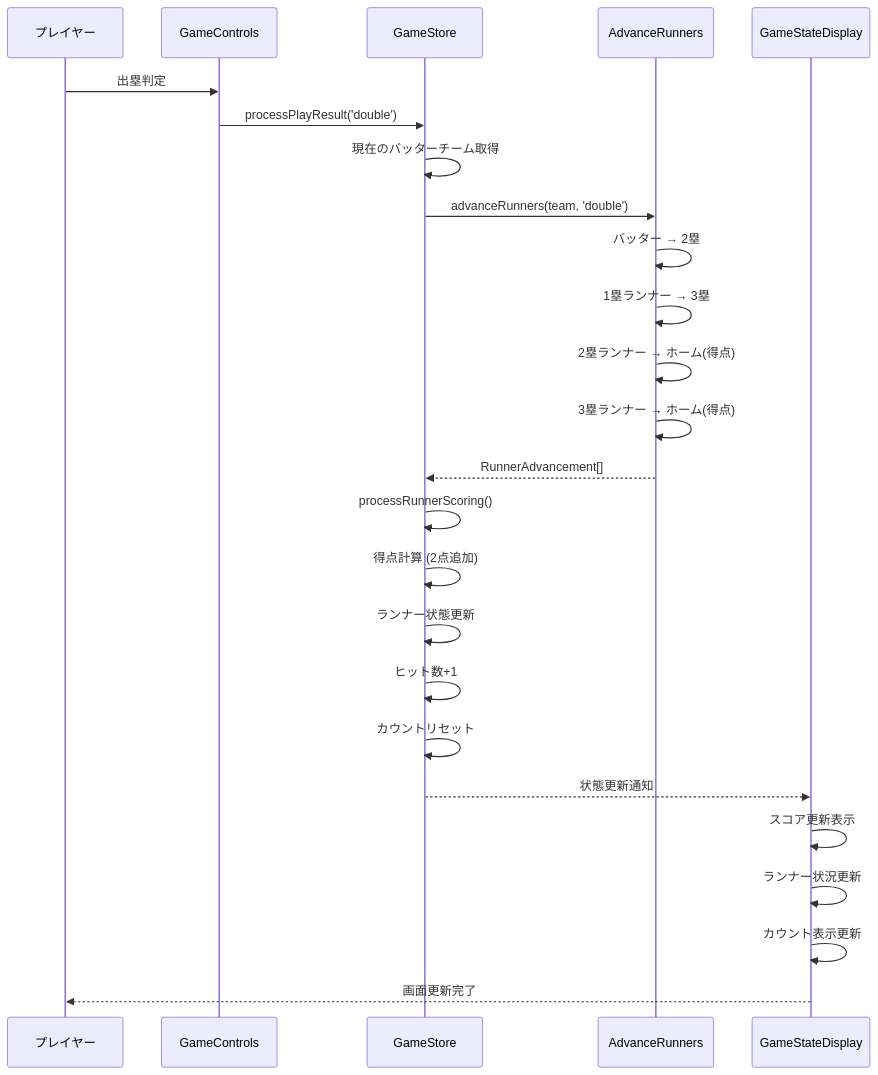
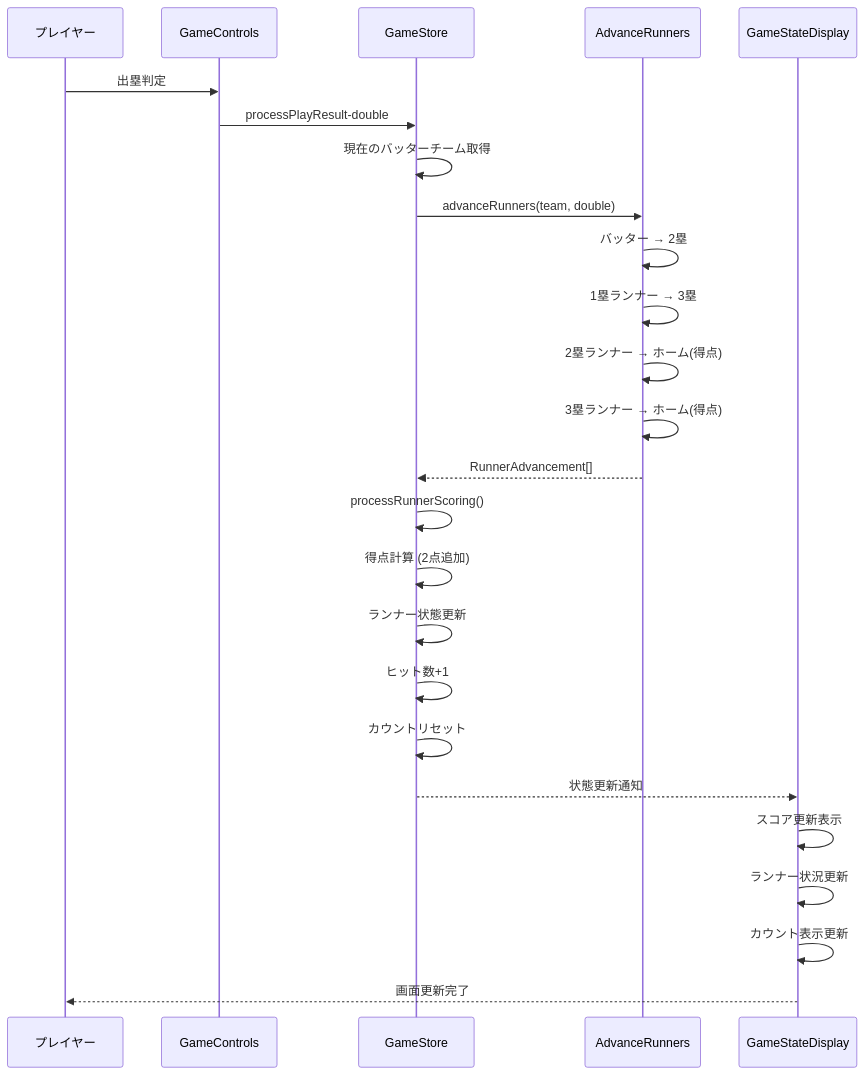
One commit to KOU050223/3DBaseballStadium changed the eighth of 10 diagrams in docs/Design/GameSystem/system-diagrams.md. Above: the diagram before and after it, drawn with Mermaid. The commit also changed other lines of this file, not shown here.

````diff
--- a/docs/Design/GameSystem/system-diagrams.md
+++ b/docs/Design/GameSystem/system-diagrams.md
@@ -470,33 +470,33 @@
 ```mermaid
 sequenceDiagram
     participant User as プレイヤー
     participant UI as GameControls
     participant Store as GameStore
     participant Logic as AdvanceRunners
     participant Display as GameStateDisplay
     
     User->>UI: 出塁判定
-    UI->>Store: processPlayResult('double')
+    UI->>Store: processPlayResult-double
     
     Store->>Store: 現在のバッターチーム取得
-    Store->>Logic: advanceRunners(team, 'double')
+    Store->>Logic: advanceRunners(team, double)
     
     Logic->>Logic: バッター → 2塁
     Logic->>Logic: 1塁ランナー → 3塁
     Logic->>Logic: 2塁ランナー → ホーム(得点)
     Logic->>Logic: 3塁ランナー → ホーム(得点)
     Logic-->>Store: RunnerAdvancement[]
     
     Store->>Store: processRunnerScoring()
     Store->>Store: 得点計算 (2点追加)
     Store->>Store: ランナー状態更新
     Store->>Store: ヒット数+1
     Store->>Store: カウントリセット
     
     Store-->>Display: 状態更新通知
     Display->>Display: スコア更新表示
     Display->>Display: ランナー状況更新
     Display->>Display: カウント表示更新
     
     Display-->>User: 画面更新完了
 ```
````
